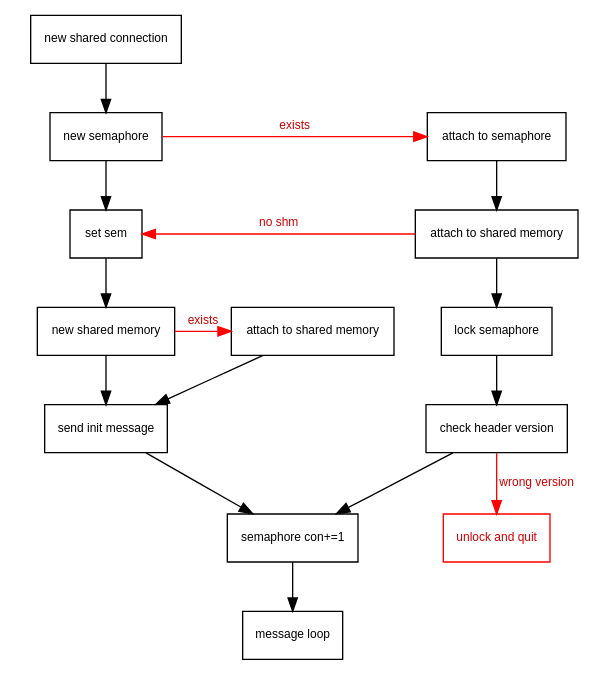
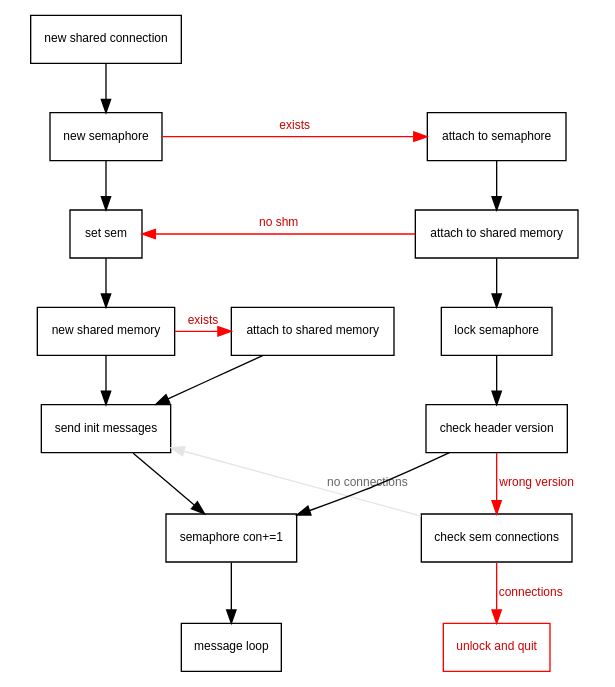
The diagram in doxy/graphs/shcon_connect.dot (rbong/shcon), drawn with Graphviz before and after one commit. The commit also changed 27 other files, not shown here.

```diff
--- a/doxy/graphs/shcon_connect.dot
+++ b/doxy/graphs/shcon_connect.dot
@@ -1,57 +1,64 @@
 /**
 @brief The protocol for connecting to a shared connection.
 **/
 digraph shcon_connect_protocol
 {
     node [shape=box,fontname="Sans-Serif",fontsize=9];
     edge [fontname="Sans-Serif",fontsize=9];
 
     shcon_connect [label="new shared connection",URL="\ref shcon_connect",group="new"];
     sem_create [label="new semaphore",URL="\ref shcon_create_sem_shm",group="new"];
     shm_create [label="new shared memory",URL="\ref shcon_create_sem_shm",group="new"];
     shm_exist_attach [label="attach to shared memory",URL="\ref shcon_create_kill_shm",group=kill];
     sem_init [label="set sem",URL="\ref shcon_init_sem",group="new"];
-    shm_init [label="send init message",URL="\ref shcon_init_shm",group="new"];
+    shm_init [label="send init messages",URL="\ref shcon_init_shm",group="new"];
     sem_attach [label="attach to semaphore",URL="\ref shcon_attach_sem_shm",group="old"];
     shm_attach [label="attach to shared memory",URL="\ref shcon_attach_sem_shm",group="old"];
+    sem_check [label="check sem connections",group="old"];
     quit [label="unlock and quit",color="red",fontcolor=red3];
     ver_check [label="check header version",URL="\ref shcon_check_shm_ver",group="old"];
     lock [label="lock semaphore",URL="",group="old"];
     sem_con [label="semaphore con+=1",URL="\ref shcon_add_sem_con"];
     msg_loop [label="message loop"];
     dummy [style=invis];
 
     shcon_connect -> sem_create;
     // ranking
     shcon_connect -> sem_attach [style=invis];
 
     subgraph cluster1
     {
         color=white
         sem_create -> sem_init -> shm_create -> shm_init;
     }
     shm_create -> shm_exist_attach [color=red,fontcolor=red3,label="exists"];
     shm_exist_attach -> shm_init;
 
     subgraph cluster2
     {
         color=white
         sem_attach -> shm_attach -> lock -> ver_check;
         // align nodes properly
         // lock -> dummy -> -> sem_con [style=invis];
     }
 
 
     sem_create -> sem_attach
         [color=red,fontcolor=red3,label="exists",constraint=false];
 
     shm_attach -> sem_init
         [color=red,fontcolor=red3,label="no shm",constraint=false];
 
-    ver_check -> quit
+    ver_check -> sem_check
         [color=red,fontcolor=red3,label="wrong version"];
+
+    sem_check -> shm_init
+        [color=grey90,fontcolor=grey40,label="no connections"];
+
+    sem_check -> quit
+        [color=red,fontcolor=red3,label="connections"];
 
     shm_init -> sem_con
 
     ver_check -> sem_con -> msg_loop
 }
```
